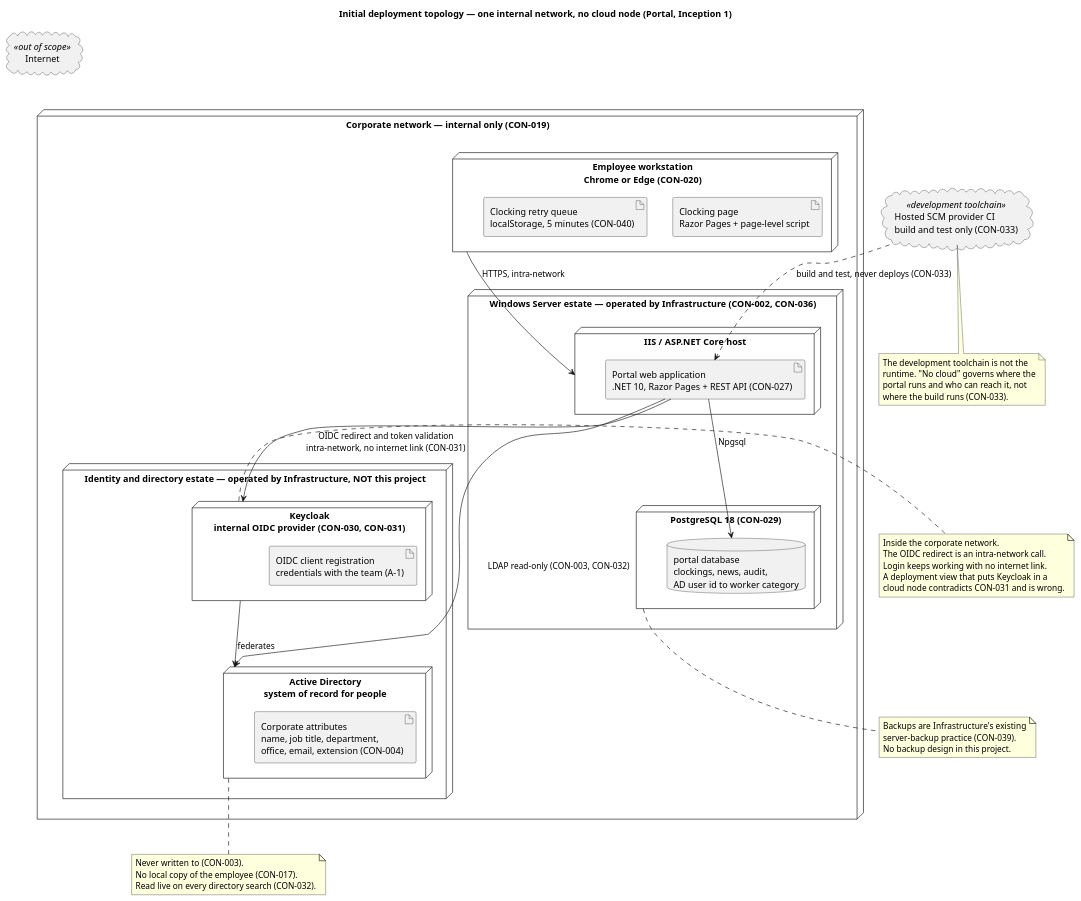
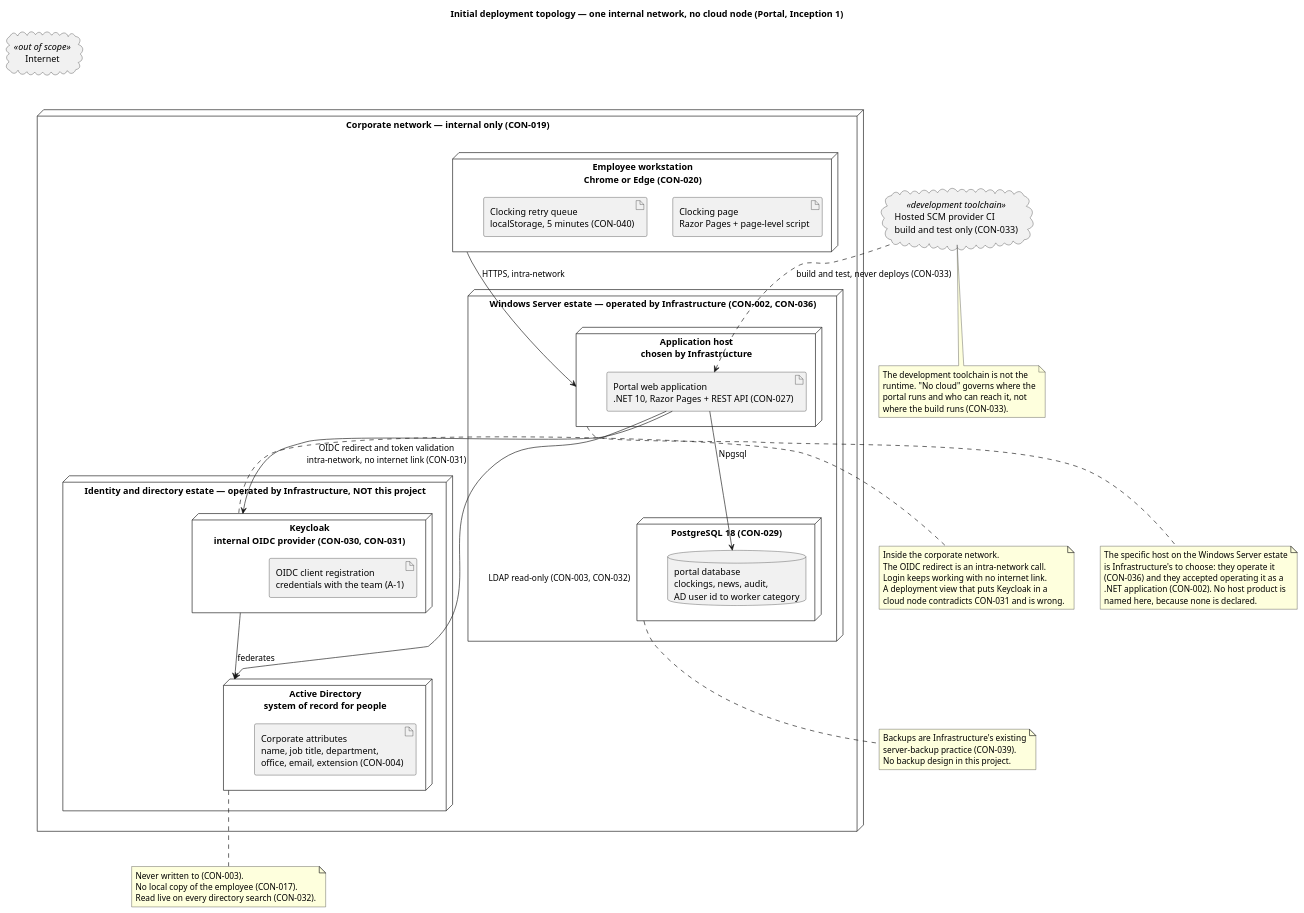
The seventh of 9 diagrams in docs/artifacts/analysis---design/software-architecture-document.md (banense-test/portal), drawn with PlantUML before and after one commit. The commit also changed other lines of this file, not shown here.

Commit message:
Software Architect [I1]: upsert Software Architecture Document
[skip ci]

````diff
--- a/docs/artifacts/analysis---design/software-architecture-document.md
+++ b/docs/artifacts/analysis---design/software-architecture-document.md
@@ -692,72 +691,80 @@
 ```plantuml
 @startuml
 title Initial deployment topology — one internal network, no cloud node (Portal, Inception 1)
 
 skinparam componentStyle rectangle
 skinparam nodeSep 40
 
 node "Corporate network — internal only (CON-019)" as NET {
 
   node "Employee workstation\nChrome or Edge (CON-020)" as WS {
     artifact "Clocking page\nRazor Pages + page-level script" as A1
     artifact "Clocking retry queue\nlocalStorage, 5 minutes (CON-040)" as A2
   }
 
   node "Windows Server estate — operated by Infrastructure (CON-002, CON-036)" as SRV {
-    node "IIS / ASP.NET Core host" as HOST {
+    node "Application host\nchosen by Infrastructure" as HOST {
       artifact "Portal web application\n.NET 10, Razor Pages + REST API (CON-027)" as A3
     }
     node "PostgreSQL 18 (CON-029)" as PGS {
       database "portal database\nclockings, news, audit,\nAD user id to worker category" as DB
     }
   }
 
   node "Identity and directory estate — operated by Infrastructure, NOT this project" as IDM {
     node "Keycloak\ninternal OIDC provider (CON-030, CON-031)" as KC {
       artifact "OIDC client registration\ncredentials with the team (A-1)" as A4
     }
     node "Active Directory\nsystem of record for people" as AD {
       artifact "Corporate attributes\nname, job title, department,\noffice, email, extension (CON-004)" as A5
     }
   }
 }
 
 cloud "Internet" as INET <<out of scope>>
 cloud "Hosted SCM provider CI\nbuild and test only (CON-033)" as CI <<development toolchain>>
 
 WS --> HOST : HTTPS, intra-network
 A3 --> KC : OIDC redirect and token validation\nintra-network, no internet link (CON-031)
 A3 --> AD : LDAP read-only (CON-003, CON-032)
 A3 --> DB : Npgsql
 KC --> AD : federates
 INET -[hidden]- NET
 CI ..> A3 : build and test, never deploys (CON-033)
 
 note right of KC
   Inside the corporate network.
   The OIDC redirect is an intra-network call.
   Login keeps working with no internet link.
   A deployment view that puts Keycloak in a
   cloud node contradicts CON-031 and is wrong.
 end note
 
+note bottom of HOST
+  The specific host on the Windows Server estate
+  is Infrastructure's to choose: they operate it
+  (CON-036) and they accepted operating it as a
+  .NET application (CON-002). No host product is
+  named here, because none is declared.
+end note
+
 note bottom of AD
   Never written to (CON-003).
   No local copy of the employee (CON-017).
   Read live on every directory search (CON-032).
 end note
 
 note bottom of PGS
   Backups are Infrastructure's existing
   server-backup practice (CON-039).
   No backup design in this project.
 end note
 
 note bottom of CI
   The development toolchain is not the
   runtime. "No cloud" governs where the
   portal runs and who can reach it, not
   where the build runs (CON-033).
 end note
 @enduml
 ```
````
